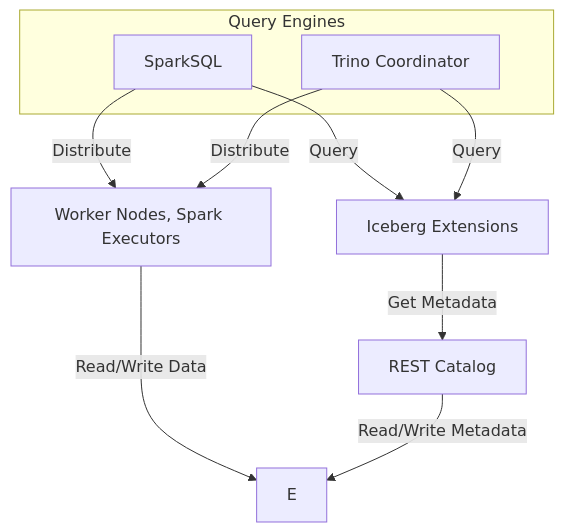
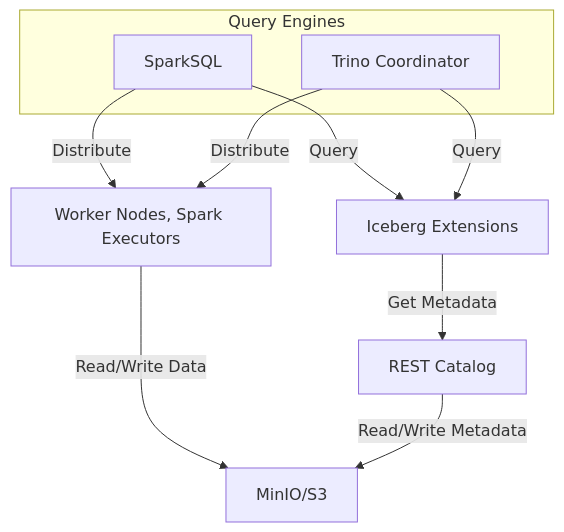
The diagram in README.md (EM51641/iceberg), drawn with Mermaid before and after one commit.

Commit message:
Renamed E `MinIO/S3` in the `mermaid` schema

````diff
--- a/README.md
+++ b/README.md
@@ -3,18 +3,18 @@
 ```mermaid
 graph TD
 
     subgraph Query Engines 
         A[SparkSQL]
         P[Trino Coordinator]
     end
 
     A[SparkSQL] -->|Query| B[Iceberg Extensions]
     P[Trino Coordinator] -->|Query| B
     B -->|Get Metadata| C[REST Catalog]
 
     A[SparkSQL] -->|Distribute| W[Worker Nodes, Spark Executors]
     P[Trino Coordinator] -->|Distribute| W
     W -->|Read/Write Data| E
 
-    C -->|Read/Write Metadata| E
+    C -->|Read/Write Metadata| E[MinIO/S3]
 ```
````
